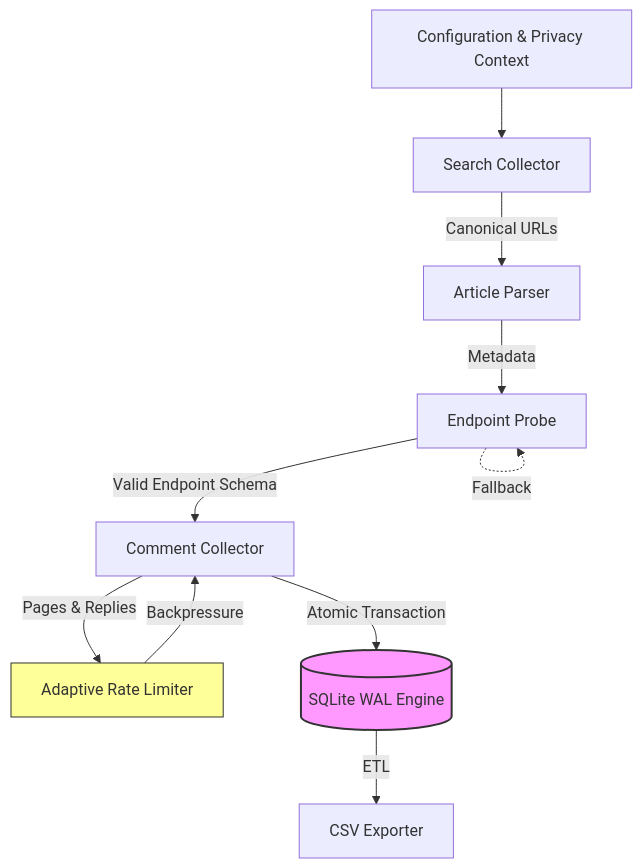
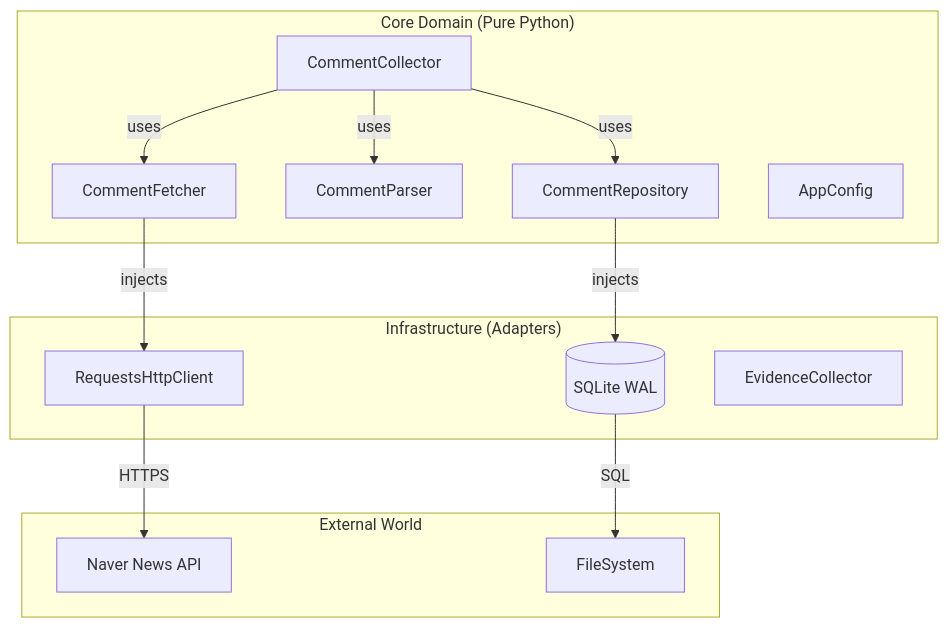
Before and after one commit to CSY-333/Crowling: the diagram in README.md, drawn with Mermaid. The commit also changed other lines of this file and 86 other files, not shown here.

Commit message:
feat: Refactor Architecture for SOLID/TDD Compliance & Update Docs

````diff
--- a/README.md
+++ b/README.md
@@ -27,27 +21,32 @@
 ```mermaid
 graph TD
-    %% Nodes
-    Config[Configuration & Privacy Context]
-    Search[Search Collector]
-    Parser[Article Parser]
-    Probe[Endpoint Probe]
-    Collect[Comment Collector]
-    Throttle[Adaptive Rate Limiter]
-    DB[(SQLite WAL Engine)]
-    Export[CSV Exporter]
+    subgraph "Core Domain (Pure Python)"
+        Collector[CommentCollector]
+        Fetcher[CommentFetcher]
+        Parser[CommentParser]
+        Repo[CommentRepository]
+        Config[AppConfig]
+    end
 
-    %% Flow
-    Config --> Search
-    Search -->|Canonical URLs| Parser
-    Parser -->|Metadata| Probe
-    Probe -->|Valid Endpoint Schema| Collect
-    Probe -.->|Fallback| Probe
-    Collect -->|Pages & Replies| Throttle
-    Throttle -->|Backpressure| Collect
-    Collect -->|Atomic Transaction| DB
-    DB -->|ETL| Export
+    subgraph "Infrastructure (Adapters)"
+        HTTP[RequestsHttpClient]
+        DB[(SQLite WAL)]
+        Logger[EvidenceCollector]
+    end
 
-    %% Styling
-    style DB fill:#f9f,stroke:#333,stroke-width:2px
-    style Throttle fill:#ff9,stroke:#333,stroke-width:1px
+    subgraph "External World"
+        Naver[Naver News API]
+        FS[FileSystem]
+    end
+
+    %% Dependencies (DIP)
+    Collector -->|uses| Fetcher
+    Collector -->|uses| Parser
+    Collector -->|uses| Repo
+
+    Fetcher -->|injects| HTTP
+    Repo -->|injects| DB
+
+    HTTP -->|HTTPS| Naver
+    DB -->|SQL| FS
 ```
````
